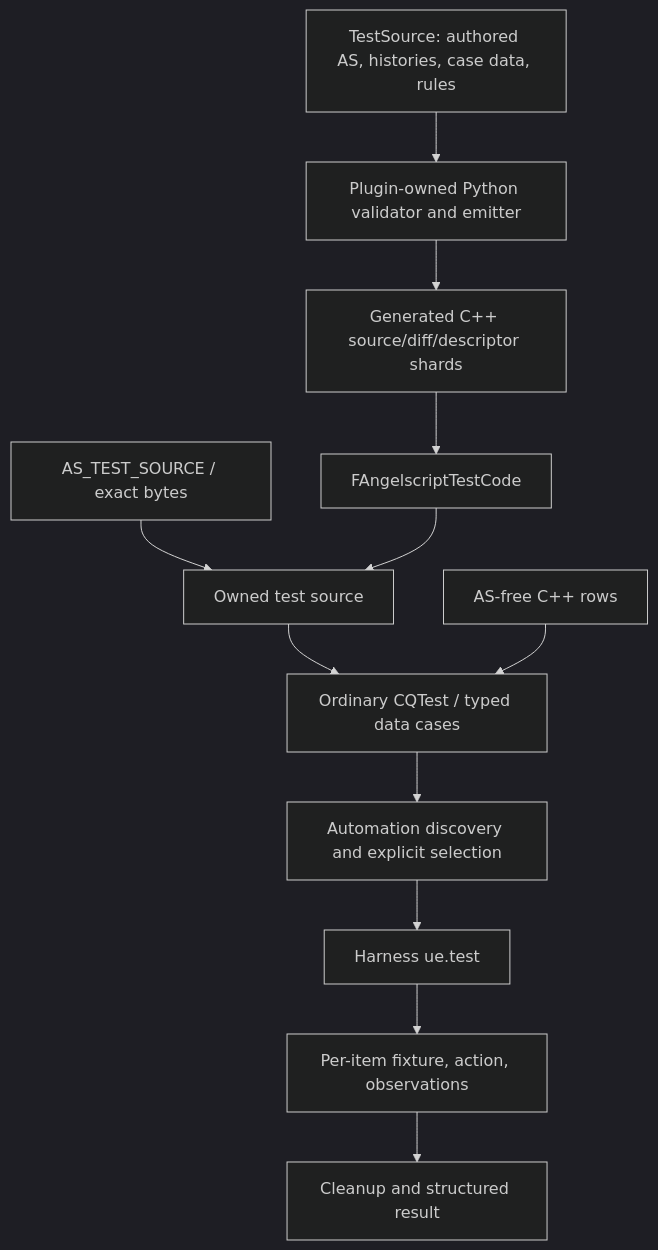
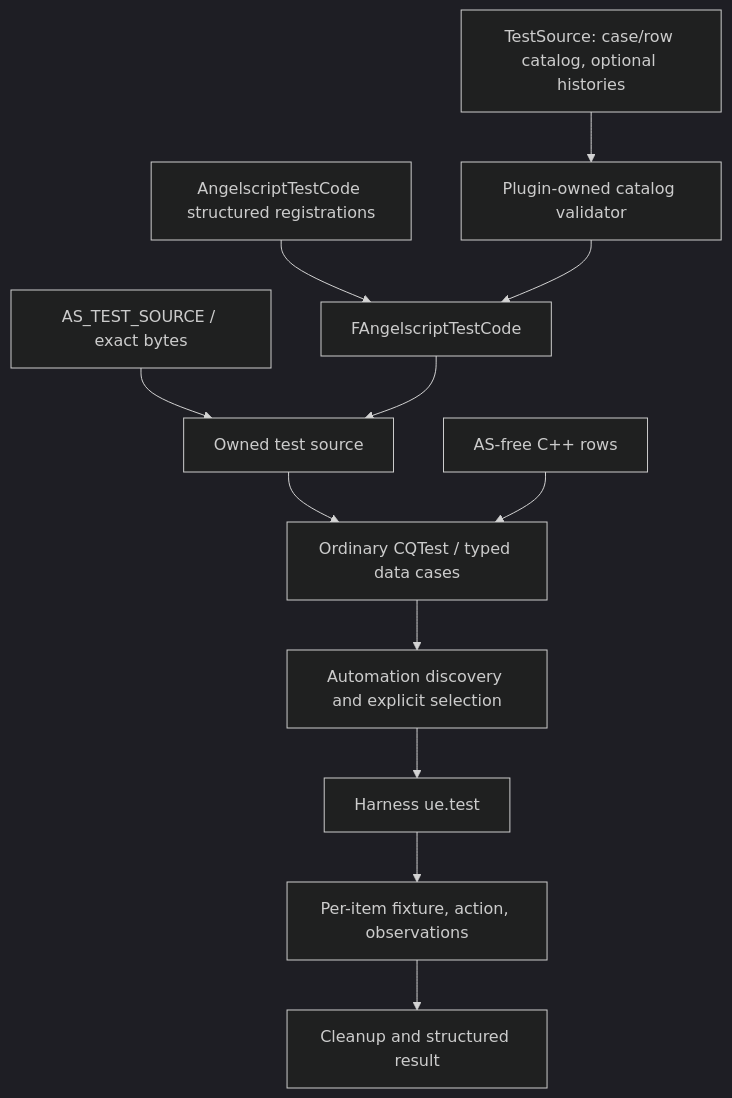
The diagram in openspec/changes/angelscript/refactor-testing-unified-framework/design.md (TDGameStudio/AngelscriptProject), drawn with Mermaid (dark theme) before and after one commit. The commit also changed other lines of this file and 529 other files, not shown here.

````diff
--- a/openspec/changes/angelscript/refactor-testing-unified-framework/design.md
+++ b/openspec/changes/angelscript/refactor-testing-unified-framework/design.md
@@ -24,14 +24,14 @@
 ```mermaid
 flowchart TD
-    A["TestSource: authored AS, histories, case data, rules"] --> B["Plugin-owned Python validator and emitter"]
-    B --> C["Generated C++ source/diff/descriptor shards"]
-    C --> D["FAngelscriptTestCode"]
+    A["TestSource: case/row catalog, optional histories"] --> B["Plugin-owned catalog validator"]
+    S["AngelscriptTestCode structured registrations"] --> D["FAngelscriptTestCode"]
+    B --> D
     E["AS_TEST_SOURCE / exact bytes"] --> F["Owned test source"]
     D --> F
     F --> G["Ordinary CQTest / typed data cases"]
     H["AS-free C++ rows"] --> G
     G --> I["Automation discovery and explicit selection"]
     I --> J["Harness ue.test"]
     J --> K["Per-item fixture, action, observations"]
     K --> L["Cleanup and structured result"]
 ```
````
